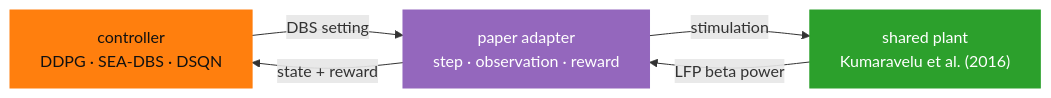
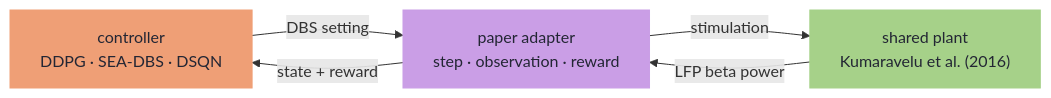
The diagram in docs/diagrams/loop.mmd (nynxlabs/rl-adaptive-dbs), drawn with Mermaid before and after one commit. The commit also changed 5 other files, not shown here.

First line of the commit message:
Draw the structure diagrams in the pastel figure palette

```diff
--- a/docs/diagrams/loop.mmd
+++ b/docs/diagrams/loop.mmd
@@ -1,12 +1,12 @@
 %% The shared model: three paper controllers drive one plant through
-%% per-paper adapters (step length, observation, reward). Node text is white on
-%% the darker fills and near-black on orange and cyan, for contrast.
+%% per-paper adapters (step length, observation, reward). Node fills are the
+%% pastel figure palette with dark text, for contrast.
 flowchart LR
   C["controller<br/>DDPG · SEA-DBS · DSQN"]:::train -- "DBS setting" --> A["paper adapter<br/>step · observation · reward"]:::gate
   A -- "stimulation" --> E["shared plant<br/>Kumaravelu et al. (2016)"]:::plant
   E -- "LFP beta power" --> A
   A -- "state + reward" --> C
 
-  classDef plant fill:#2ca02c,stroke:#2ca02c,color:#ffffff
-  classDef train fill:#ff7f0e,stroke:#ff7f0e,color:#111111
-  classDef gate fill:#9467bd,stroke:#9467bd,color:#ffffff
+  classDef plant fill:#a6d189,stroke:#a6d189,color:#232634
+  classDef train fill:#ef9f76,stroke:#ef9f76,color:#232634
+  classDef gate fill:#ca9ee6,stroke:#ca9ee6,color:#232634
```
